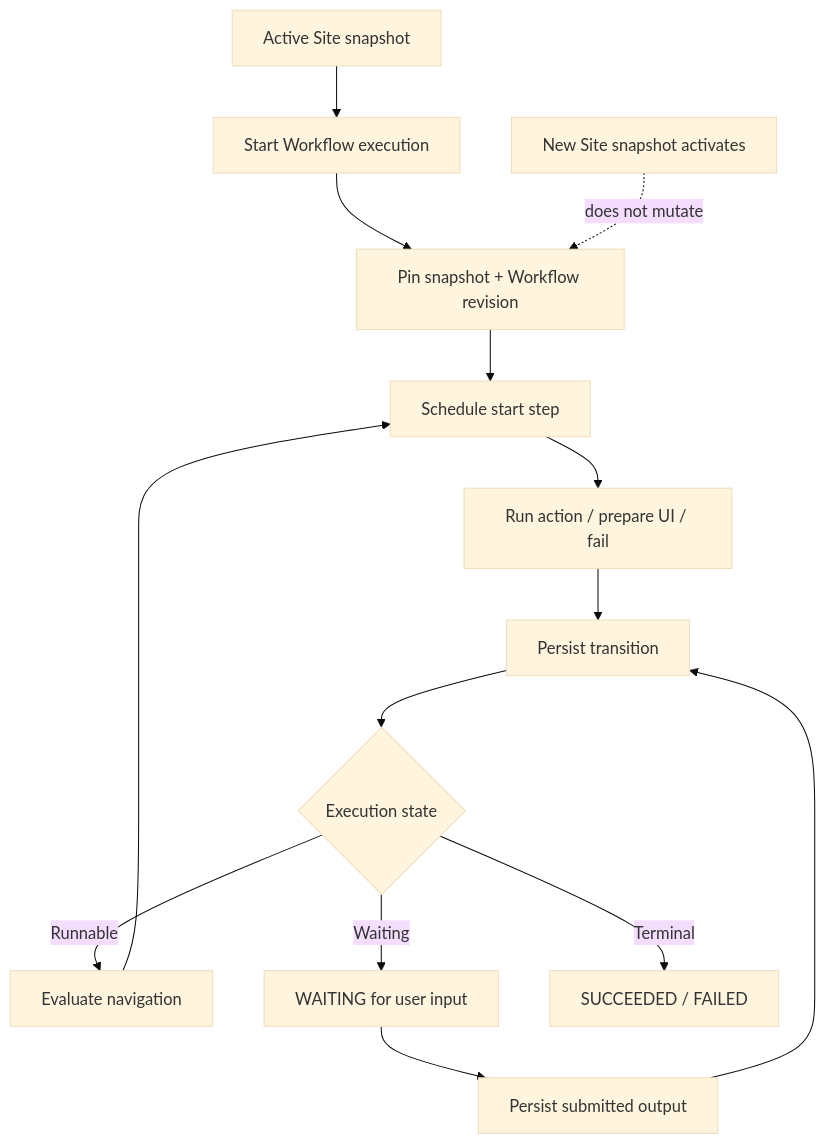
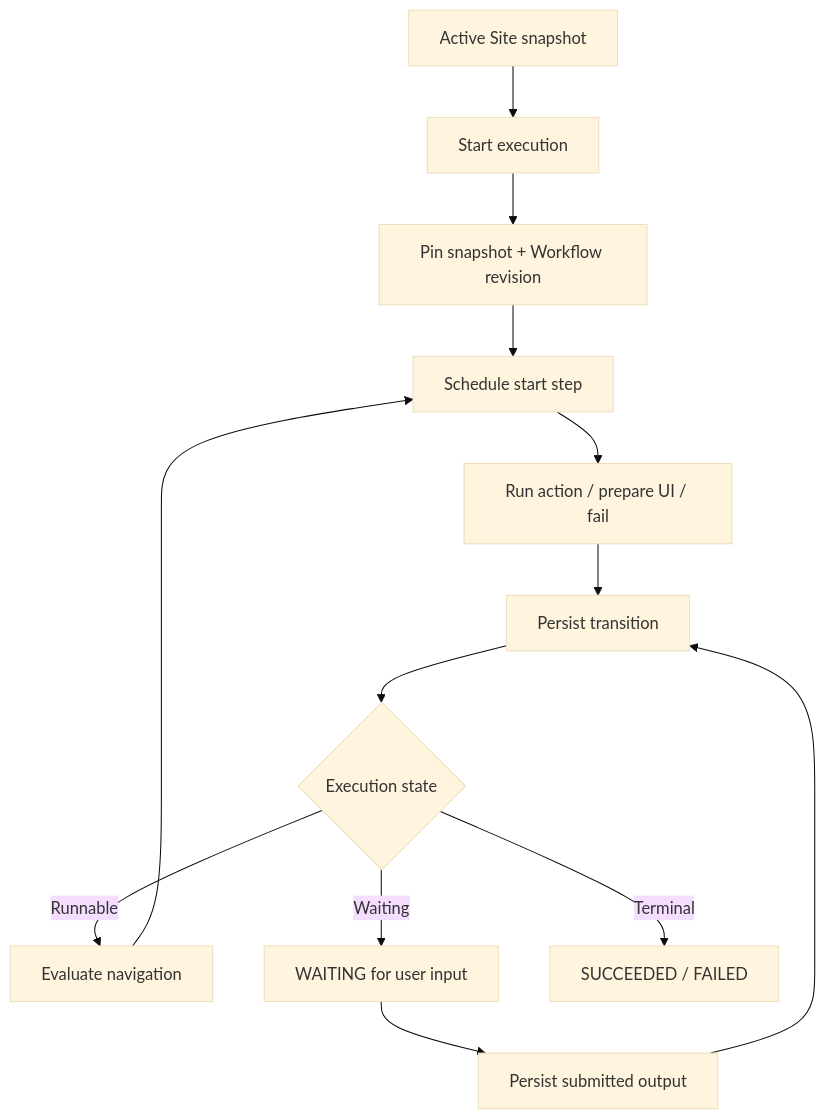
Before and after one commit to taskmigo/docs: the second of 2 diagrams in content/versions/v0/runtime.mdx, drawn with Mermaid (base theme). The commit also changed other lines of this file, not shown here.

Commit message:
Integrate workflow into runtime lifecycle

````diff
--- a/content/versions/v0/runtime.mdx
+++ b/content/versions/v0/runtime.mdx
@@ -105,17 +87,15 @@
 ```mermaid
 flowchart TD
-  activate["Active Site snapshot"] --> start["Start Workflow execution"]
+  snapshot["Active Site snapshot"] --> start["Start execution"]
   start --> pin["Pin snapshot + Workflow revision"]
   pin --> ready["Schedule start step"]
   ready --> run["Run action / prepare UI / fail"]
   run --> persist["Persist transition"]
   persist --> state{"Execution state"}
   state -->|Runnable| navigate["Evaluate navigation"]
   navigate --> ready
   state -->|Waiting| wait["WAITING for user input"]
   wait --> submit["Persist submitted output"]
   submit --> persist
   state -->|Terminal| done["SUCCEEDED / FAILED"]
-
-  newer["New Site snapshot activates"] -. "does not mutate" .-> pin
 ```
````
